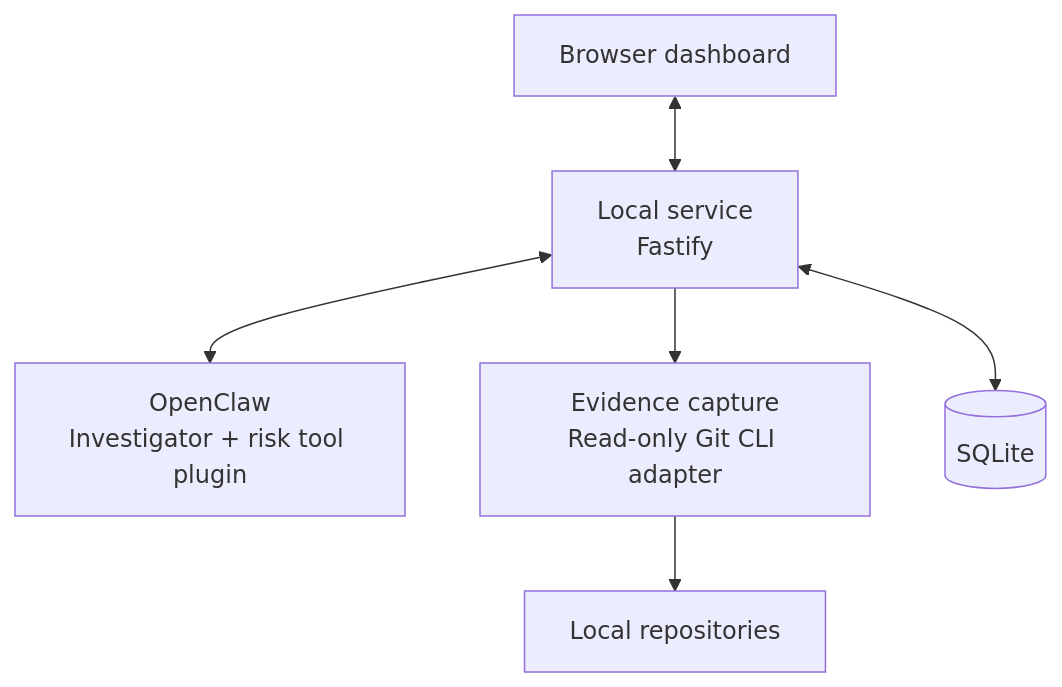
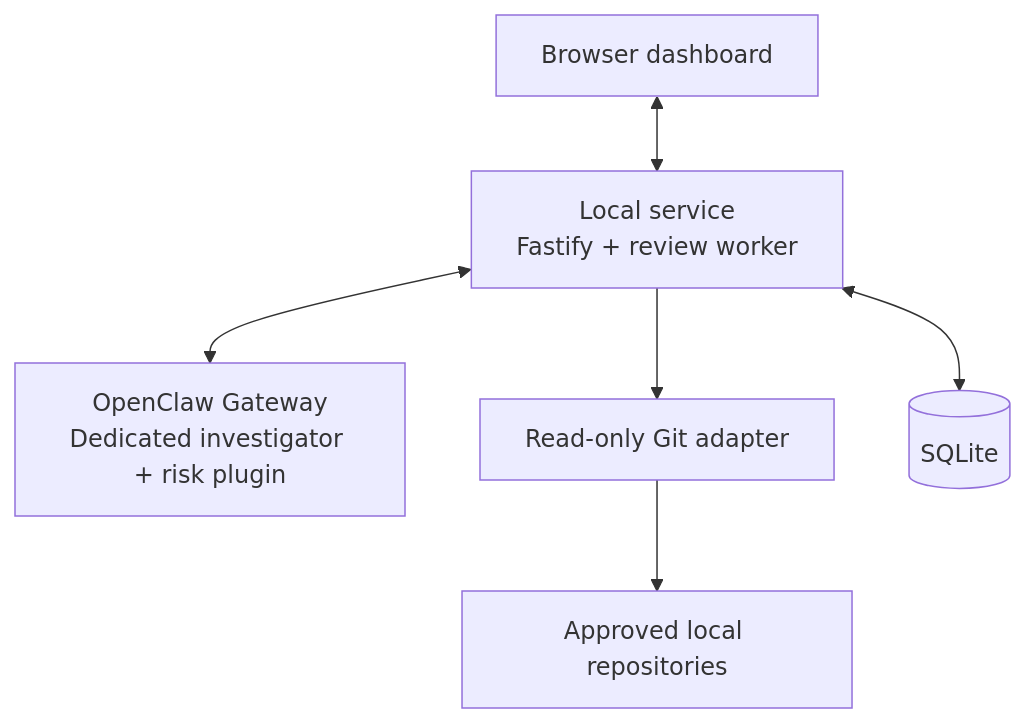
One commit to patrickdxiao/AI-risk-manager changed the diagram in docs/design.md. Above: the diagram before and after it, drawn with Mermaid. The commit also changed other lines of this file and 2 other files, not shown here.

Commit message:
docs: explain the runnable local risk workflow

````diff
--- a/docs/design.md
+++ b/docs/design.md
@@ -48,15 +22,15 @@
 ```mermaid
 flowchart TD
     UI["Browser dashboard"]
-    Service["Local service<br/>Fastify"]
-    Runtime["OpenClaw<br/>Investigator + risk tool plugin"]
-    Capture["Evidence capture<br/>Read-only Git CLI adapter"]
-    Repos["Local repositories"]
+    Service["Local service<br/>Fastify + review worker"]
+    Runtime["OpenClaw Gateway<br/>Dedicated investigator + risk plugin"]
+    Capture["Read-only Git adapter"]
+    Repos["Approved local repositories"]
     DB[("SQLite")]
 
     UI <--> Service
     Service <--> DB
     Service <--> Runtime
     Service --> Capture
     Capture --> Repos
 ```
````
